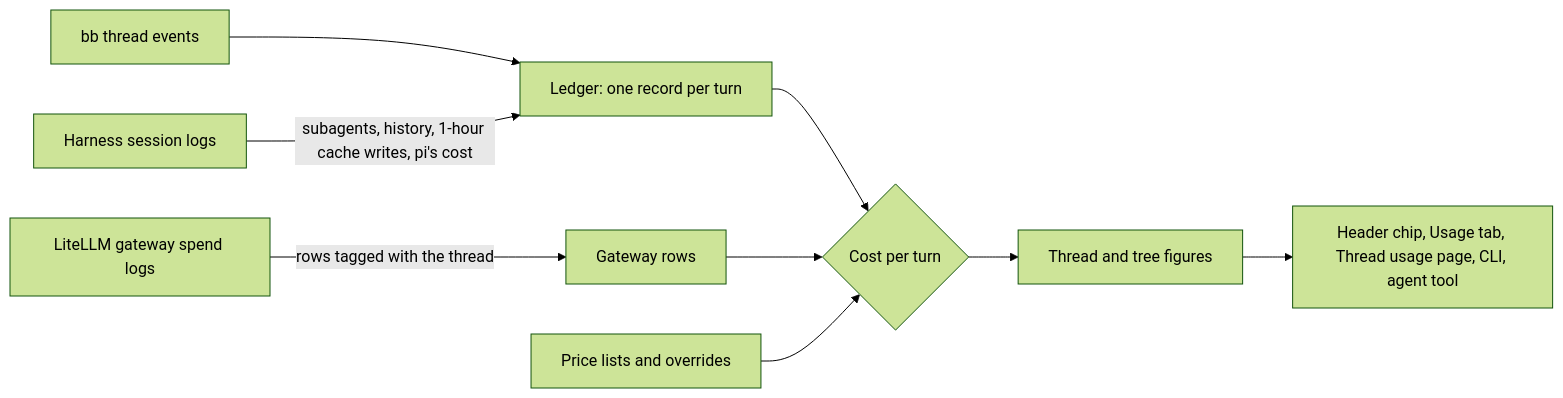
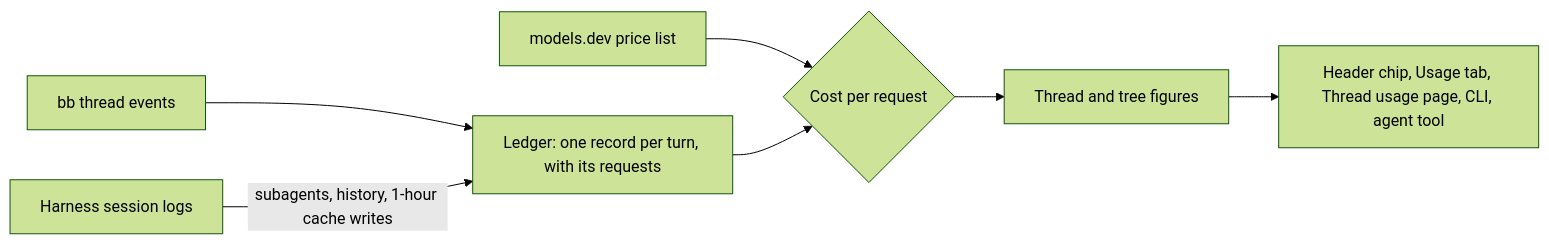
Before and after one commit to gperezmz/bb-plugins: the diagram in docs/explanation/thread-usage-counting.md, drawn with Mermaid (forest theme). The commit also changed other lines of this file and 14 other files, not shown here.

First line of the commit message:
docs(thread-usage): describe pricing from models.dev and its tiers

````diff
--- a/docs/explanation/thread-usage-counting.md
+++ b/docs/explanation/thread-usage-counting.md
@@ -5,11 +5,9 @@
 ```mermaid
 flowchart LR
-  events["bb thread events"] --> ledger["Ledger: one record per turn"]
-  logs["Harness session logs"] -->|subagents, history, 1-hour cache writes, pi's cost| ledger
-  gateway["LiteLLM gateway spend logs"] -->|rows tagged with the thread| rows["Gateway rows"]
-  ledger --> cost{"Cost per turn"}
-  rows --> cost
-  prices["Price lists and overrides"] --> cost
+  events["bb thread events"] --> ledger["Ledger: one record per turn, with its requests"]
+  logs["Harness session logs"] -->|subagents, history, 1-hour cache writes| ledger
+  prices["models.dev price list"] --> cost{"Cost per request"}
+  ledger --> cost
   cost --> figures["Thread and tree figures"]
   figures --> surfaces["Header chip, Usage tab, Thread usage page, CLI, agent tool"]
 ```
````
